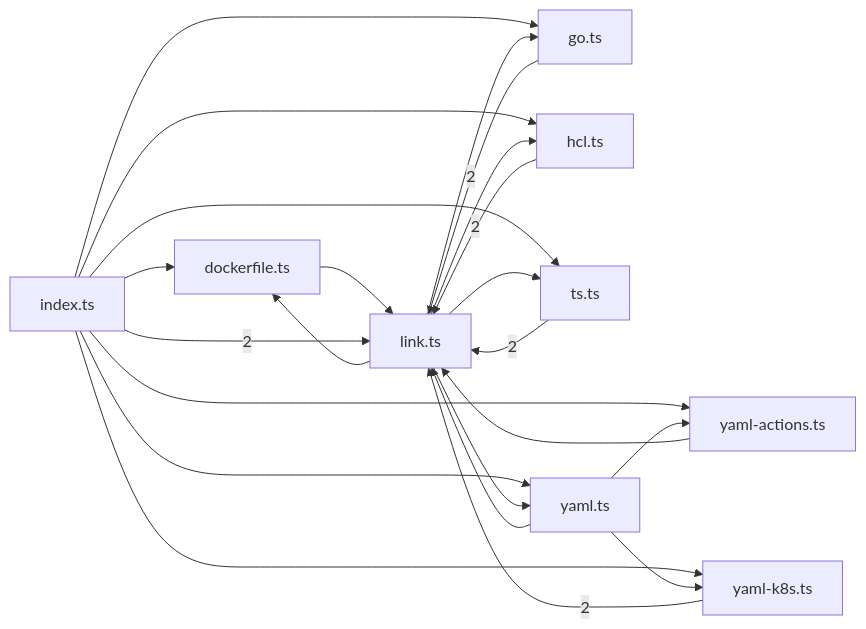
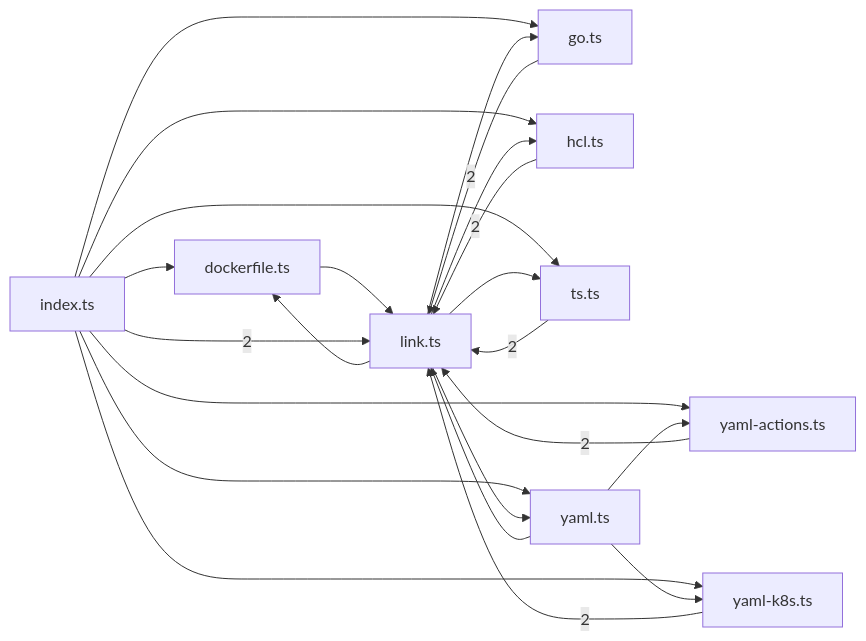
Before and after one commit to sns45/greplost: the fifth of 8 diagrams in .greplost/packages/greplost__core/MAP.md, drawn with Mermaid. The commit also changed other lines of this file and 19 other files, not shown here.

````diff
--- a/.greplost/packages/greplost__core/MAP.md
+++ b/.greplost/packages/greplost__core/MAP.md
@@ -313,34 +315,34 @@
 ```mermaid
 graph LR
   packages_core_src_references_dockerfile_ts["dockerfile.ts"]
   packages_core_src_references_go_ts["go.ts"]
   packages_core_src_references_hcl_ts["hcl.ts"]
   packages_core_src_references_index_ts["index.ts"]
   packages_core_src_references_link_ts["link.ts"]
   packages_core_src_references_ts_ts["ts.ts"]
   packages_core_src_references_yaml_actions_ts["yaml-actions.ts"]
   packages_core_src_references_yaml_k8s_ts["yaml-k8s.ts"]
   packages_core_src_references_yaml_ts["yaml.ts"]
   packages_core_src_references_dockerfile_ts --> packages_core_src_references_link_ts
   packages_core_src_references_go_ts -->|2| packages_core_src_references_link_ts
   packages_core_src_references_hcl_ts -->|2| packages_core_src_references_link_ts
   packages_core_src_references_index_ts --> packages_core_src_references_dockerfile_ts
   packages_core_src_references_index_ts --> packages_core_src_references_go_ts
   packages_core_src_references_index_ts --> packages_core_src_references_hcl_ts
   packages_core_src_references_index_ts -->|2| packages_core_src_references_link_ts
   packages_core_src_references_index_ts --> packages_core_src_references_ts_ts
   packages_core_src_references_index_ts --> packages_core_src_references_yaml_actions_ts
   packages_core_src_references_index_ts --> packages_core_src_references_yaml_k8s_ts
   packages_core_src_references_index_ts --> packages_core_src_references_yaml_ts
   packages_core_src_references_link_ts --> packages_core_src_references_dockerfile_ts
   packages_core_src_references_link_ts --> packages_core_src_references_go_ts
   packages_core_src_references_link_ts --> packages_core_src_references_hcl_ts
   packages_core_src_references_link_ts --> packages_core_src_references_ts_ts
   packages_core_src_references_link_ts --> packages_core_src_references_yaml_ts
   packages_core_src_references_ts_ts -->|2| packages_core_src_references_link_ts
-  packages_core_src_references_yaml_actions_ts --> packages_core_src_references_link_ts
+  packages_core_src_references_yaml_actions_ts -->|2| packages_core_src_references_link_ts
   packages_core_src_references_yaml_k8s_ts -->|2| packages_core_src_references_link_ts
   packages_core_src_references_yaml_ts --> packages_core_src_references_link_ts
   packages_core_src_references_yaml_ts --> packages_core_src_references_yaml_actions_ts
   packages_core_src_references_yaml_ts --> packages_core_src_references_yaml_k8s_ts
 ```
````
